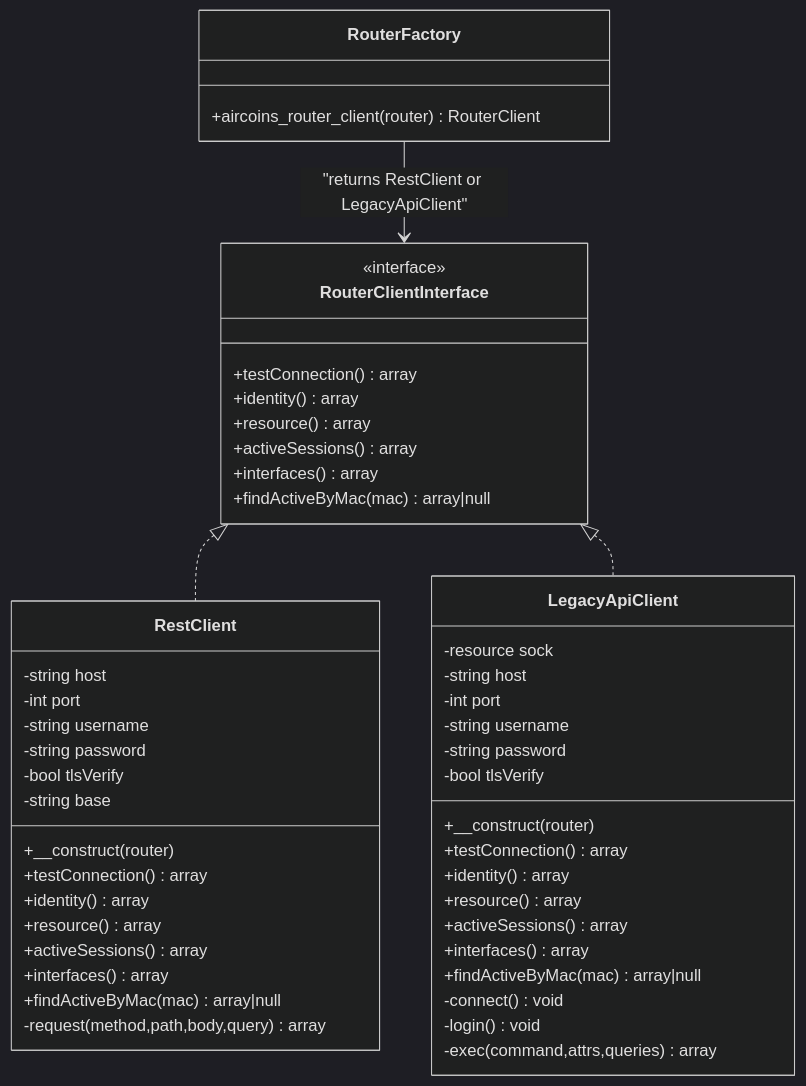
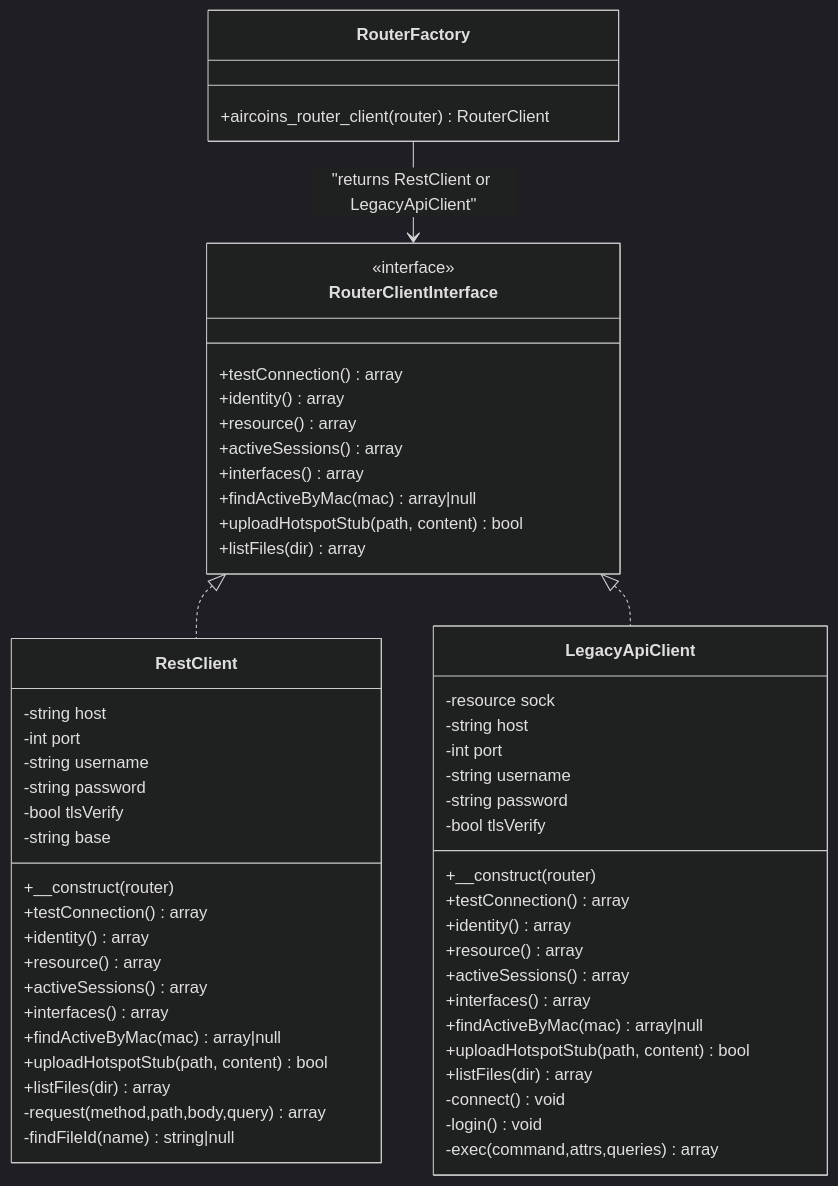
Before and after one commit to Djnirds1984/MT-CONTROLLER-PISOWIFI: the sixth of 8 diagrams in .qoder/repowiki/en/content/Troubleshooting & Maintenance/Diagnostic Tools & Techniques.md, drawn with Mermaid (dark theme). The commit also changed other lines of this file and 45 other files, not shown here.

````diff
--- a/.qoder/repowiki/en/content/Troubleshooting & Maintenance/Diagnostic Tools & Techniques.md
+++ b/.qoder/repowiki/en/content/Troubleshooting & Maintenance/Diagnostic Tools & Techniques.md
@@ -225,52 +308,59 @@
 ```mermaid
 classDiagram
 class RouterClientInterface {
 <<interface>>
 +testConnection() array
 +identity() array
 +resource() array
 +activeSessions() array
 +interfaces() array
 +findActiveByMac(mac) array|null
++uploadHotspotStub(path, content) bool
++listFiles(dir) array
 }
 class RestClient {
 -string host
 -int port
 -string username
 -string password
 -bool tlsVerify
 -string base
 +__construct(router)
 +testConnection() array
 +identity() array
 +resource() array
 +activeSessions() array
 +interfaces() array
 +findActiveByMac(mac) array|null
++uploadHotspotStub(path, content) bool
++listFiles(dir) array
 -request(method,path,body,query) array
+-findFileId(name) string|null
 }
 class LegacyApiClient {
 -resource sock
 -string host
 -int port
 -string username
 -string password
 -bool tlsVerify
 +__construct(router)
 +testConnection() array
 +identity() array
 +resource() array
 +activeSessions() array
 +interfaces() array
 +findActiveByMac(mac) array|null
++uploadHotspotStub(path, content) bool
++listFiles(dir) array
 -connect() void
 -login() void
 -exec(command,attrs,queries) array
 }
 class RouterFactory {
 +aircoins_router_client(router) RouterClient
 }
 RouterClientInterface <|.. RestClient
 RouterClientInterface <|.. LegacyApiClient
 RouterFactory --> RouterClientInterface : "returns RestClient or LegacyApiClient"
 ```
````
